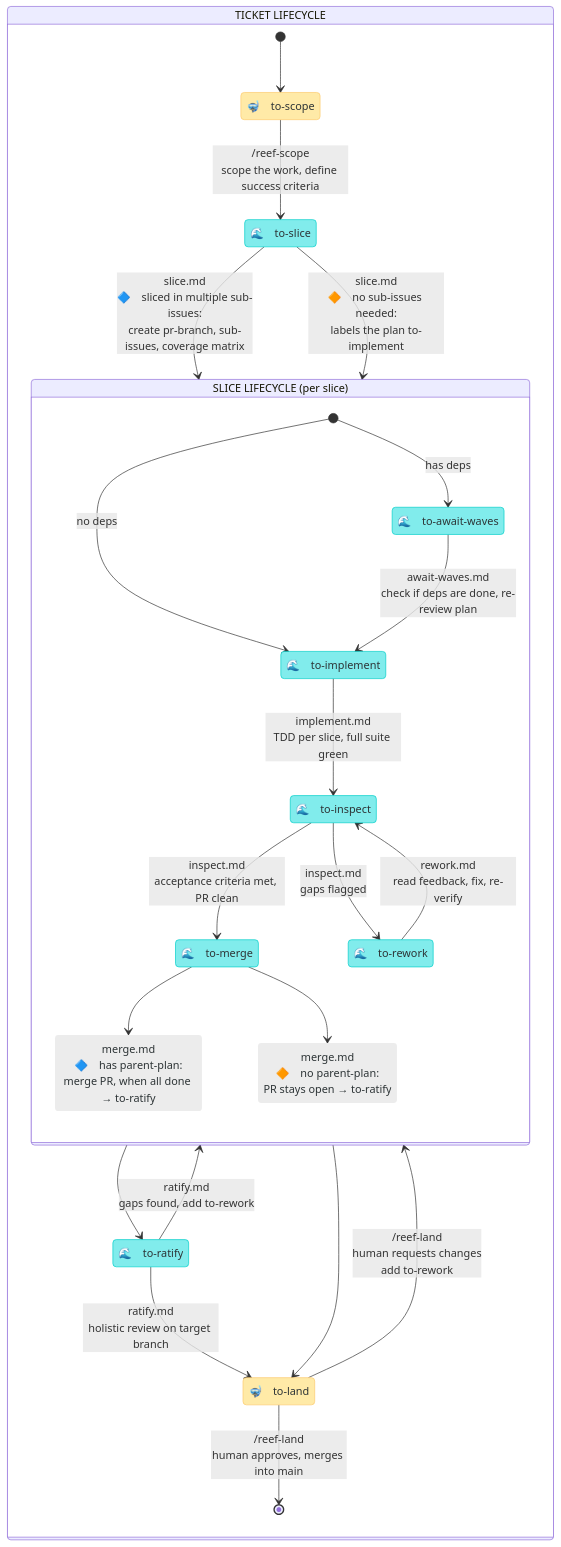
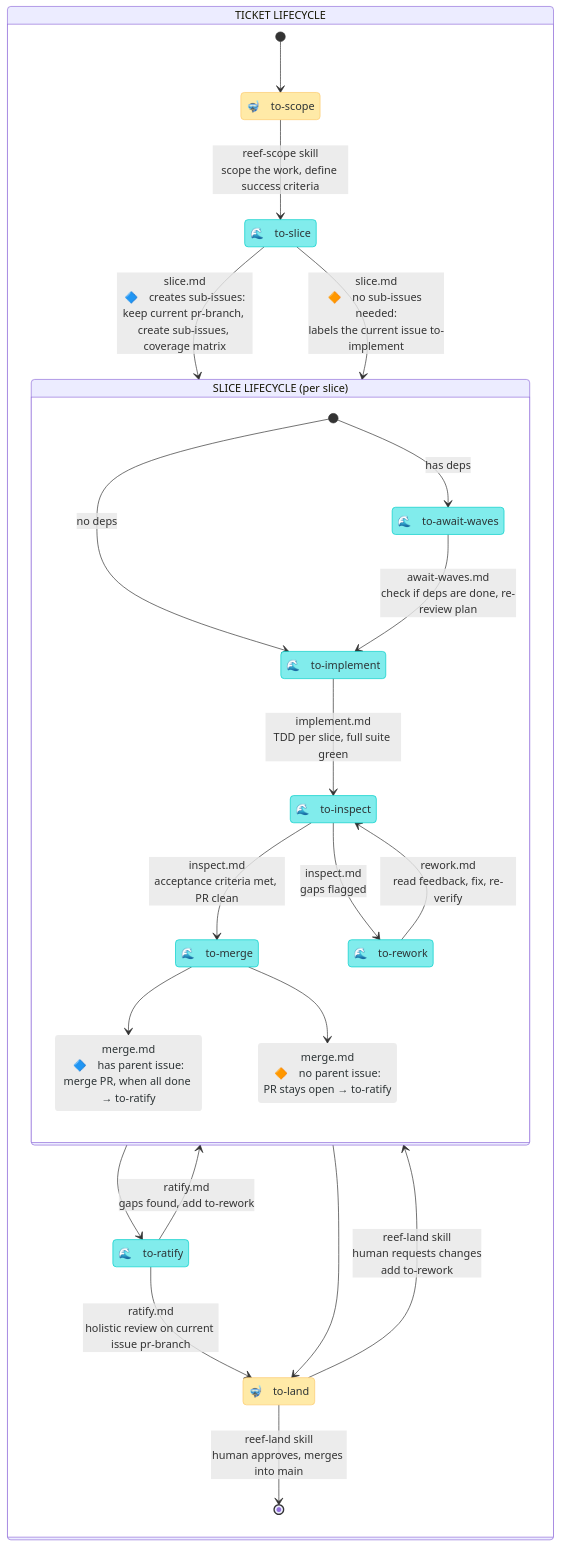
One commit to mesqueeb/moonjelly-reef changed the diagram in README.md. Above: the diagram before and after it, drawn with Mermaid. The commit also changed other lines of this file, not shown here.

````diff
--- a/README.md
+++ b/README.md
@@ -30,51 +30,51 @@
 ```mermaid
 stateDiagram-v2
     direction TB
 
     classDef human fill:#ffeaa7,stroke:#fdcb6e,color:#2d3436
     classDef agent fill:#81ecec,stroke:#00cec9,color:#2d3436
     classDef arrow fill:#ececec,stroke:#ffffff00,color:#2d3436
 
     state "TICKET LIFECYCLE" as work {
 
         state "🤿　to-scope" as to_scope
         state "🌊　to-slice" as to_slice
         state "🌊　to-ratify" as to_ratify
         state "🤿　to-land" as to_land
 
         [*] --> to_scope
-        to_scope --> to_slice : /reef-scope<br />scope the work, define success criteria
-        to_slice --> slice_lifecycle : slice.md<br />🔷　sliced in multiple sub-issues:<br />create pr-branch, sub-issues, coverage matrix
-       to_slice --> slice_lifecycle : slice.md<br />🔶　no sub-issues needed:<br />labels the plan to-implement
+        to_scope --> to_slice : reef-scope skill<br />scope the work, define success criteria
+        to_slice --> slice_lifecycle : slice.md<br />🔷　creates sub-issues:<br />keep current pr-branch, create sub-issues, coverage matrix
+       to_slice --> slice_lifecycle : slice.md<br />🔶　no sub-issues needed:<br />labels the current issue to-implement
         slice_lifecycle --> to_ratify
         slice_lifecycle --> to_land
-        to_ratify --> to_land : ratify.md<br />holistic review on target branch
+        to_ratify --> to_land : ratify.md<br />holistic review on current issue pr-branch
         to_ratify --> slice_lifecycle : ratify.md<br />gaps found, add to-rework
-        to_land --> [*] : /reef-land<br />human approves, merges into main
-        to_land --> slice_lifecycle : /reef-land<br />human requests changes<br />add to-rework
+        to_land --> [*] : reef-land skill<br />human approves, merges into main
+        to_land --> slice_lifecycle : reef-land skill<br />human requests changes<br />add to-rework
     }
 
     state "SLICE LIFECYCLE (per slice)" as slice_lifecycle {
 
         state "🌊　to-await-waves" as to_await
         state "🌊　to-implement" as to_implement
         state "🌊　to-inspect" as to_inspect
         state "🌊　to-rework" as to_rework
         state "🌊　to-merge" as to_merge
-        state "merge.md<br />🔷　has parent-plan:<br />merge PR, when all done → to-ratify" as merge_multi
-        state "merge.md<br />🔶　no parent-plan:<br />PR stays open → to-ratify" as merge_single
+        state "merge.md<br />🔷　has parent issue:<br />merge PR, when all done → to-ratify" as merge_multi
+        state "merge.md<br />🔶　no parent issue:<br />PR stays open → to-ratify" as merge_single
         [*] --> to_implement : no deps
         [*] --> to_await : has deps
         to_await --> to_implement : await-waves.md<br />check if deps are done, re-review plan
         to_implement --> to_inspect : implement.md<br />TDD per slice, full suite green
         to_inspect --> to_merge : inspect.md<br />acceptance criteria met, PR clean
         to_inspect --> to_rework : inspect.md<br />gaps flagged
         to_rework --> to_inspect : rework.md<br />read feedback, fix, re-verify
         to_merge --> merge_multi
         to_merge --> merge_single
     }
 
     class to_scope,to_land human
     class to_slice,to_ratify,plan_rework,to_await,to_implement,to_inspect,to_rework,to_merge agent
     class merge_multi,merge_single arrow
 ```
````
